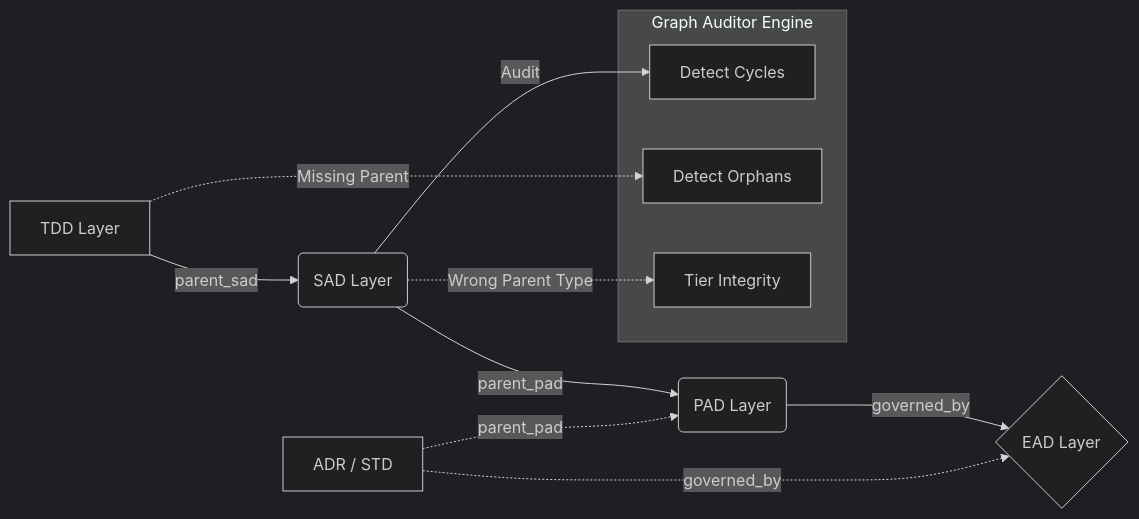
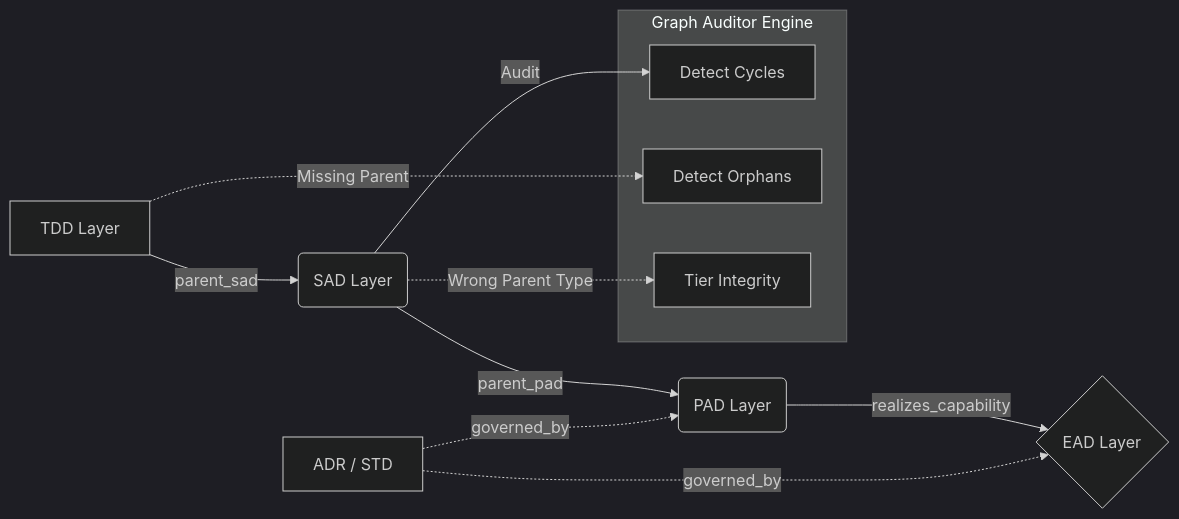
The third of 4 diagrams in governance/GDC-001-fitness-functions.md (scnehaux/codex), drawn with Mermaid (dark theme) before and after one commit. The commit also changed other lines of this file and 3 other files, not shown here.

````diff
--- a/governance/GDC-001-fitness-functions.md
+++ b/governance/GDC-001-fitness-functions.md
@@ -757,18 +756,18 @@
 ```mermaid
 flowchart LR
     A[TDD Layer] -->|parent_sad| B(SAD Layer)
     B -->|parent_pad| C(PAD Layer)
-    C -->|governed_by| D{EAD Layer}
+    C -->|realizes_capability| D{EAD Layer}
     E[ADR / STD] -.->|governed_by| D
-    E -.->|parent_pad| C
+    E -.->|governed_by| C
 
     subgraph Graph Auditor Engine
         C1[Detect Cycles]
         C2[Detect Orphans]
         C3[Tier Integrity]
     end
 
     B -- Audit --> C1
     A -. Missing Parent .-> C2
     B -. Wrong Parent Type .-> C3
 ```
````
